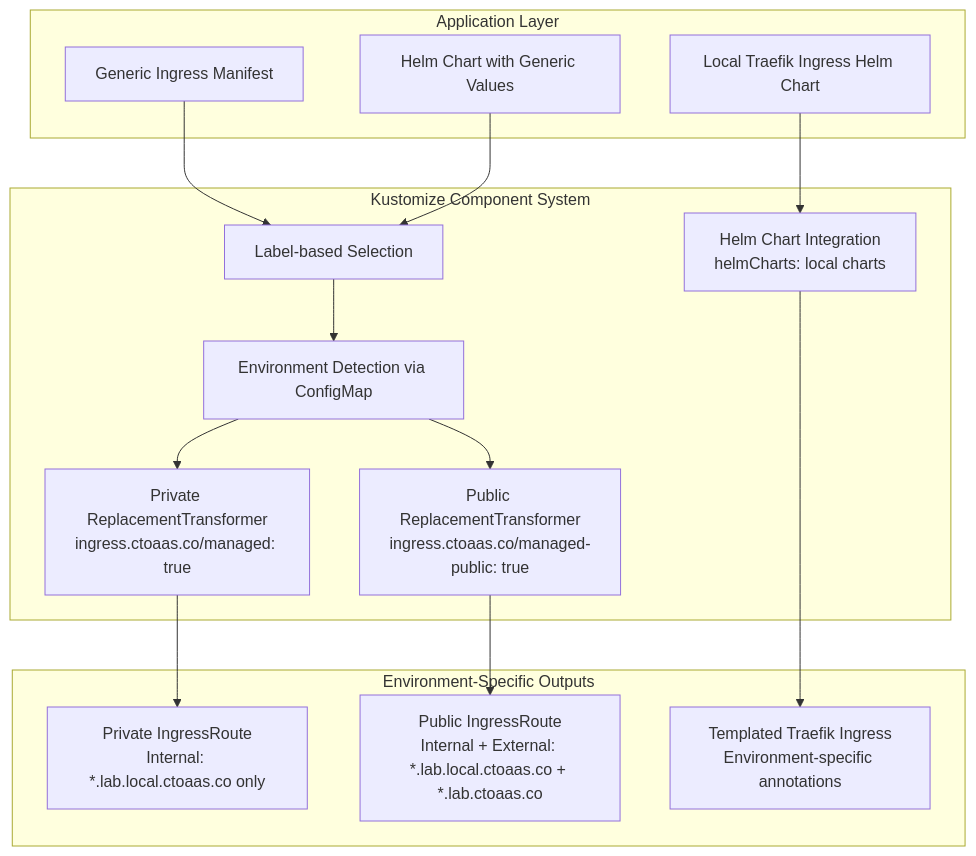
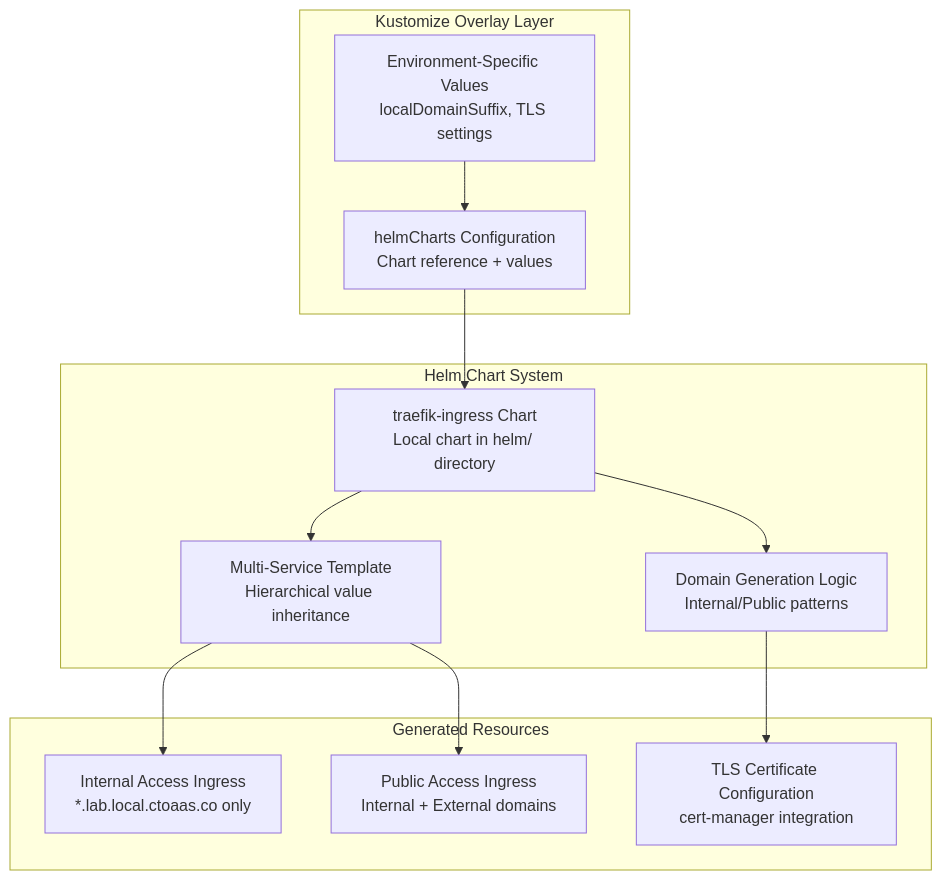
The diagram in .kiro/specs/ingress-management/design.md (craigedmunds/eda-mesh), drawn with Mermaid before and after one commit. The commit also changed other lines of this file and 37 other files, not shown here.

````diff
--- a/.kiro/specs/ingress-management/design.md
+++ b/.kiro/specs/ingress-management/design.md
@@ -11,32 +11,27 @@
 ```mermaid
 graph TB
-    subgraph "Application Layer"
-        A[Generic Ingress Manifest]
-        B[Helm Chart with Generic Values]
-        C[Local Traefik Ingress Helm Chart]
+    subgraph "Kustomize Overlay Layer"
+        A[Environment-Specific Values<br/>localDomainSuffix, TLS settings]
+        B[helmCharts Configuration<br/>Chart reference + values]
     end
     
-    subgraph "Kustomize Component System"
-        D[Environment Detection via ConfigMap]
-        E[Helm Chart Integration<br/>helmCharts: local charts]
-        F[Private ReplacementTransformer<br/>ingress.ctoaas.co/managed: true]
-        G[Public ReplacementTransformer<br/>ingress.ctoaas.co/managed-public: true]
-        H[Label-based Selection]
+    subgraph "Helm Chart System"
+        C[traefik-ingress Chart<br/>Local chart in helm/ directory]
+        D[Multi-Service Template<br/>Hierarchical value inheritance]
+        E[Domain Generation Logic<br/>Internal/Public patterns]
     end
     
-    subgraph "Environment-Specific Outputs"
-        I[Private IngressRoute<br/>Internal: *.lab.local.ctoaas.co only]
-        J[Public IngressRoute<br/>Internal + External: *.lab.local.ctoaas.co + *.lab.ctoaas.co]
-        K[Templated Traefik Ingress<br/>Environment-specific annotations]
+    subgraph "Generated Resources"
+        F[Internal Access Ingress<br/>*.lab.local.ctoaas.co only]
+        G[Public Access Ingress<br/>Internal + External domains]
+        H[TLS Certificate Configuration<br/>cert-manager integration]
     end
     
-    A --> H
-    B --> H
+    A --> B
+    B --> C
+    C --> D
     C --> E
-    H --> D
     D --> F
     D --> G
-    E --> K
-    F --> I
-    G --> J
+    E --> H
 ```
````
